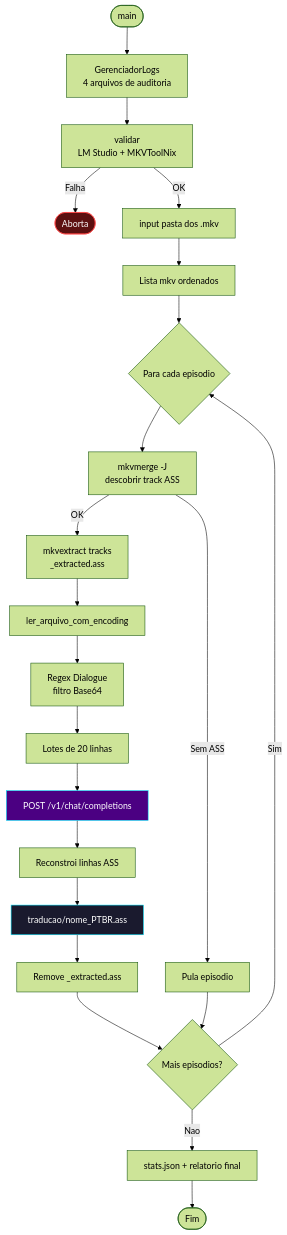
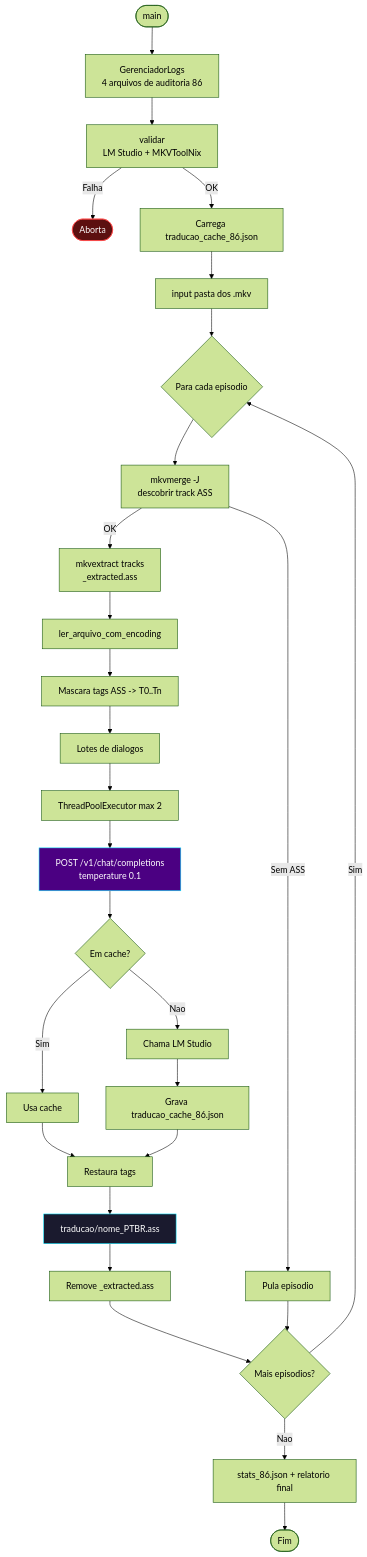
Before and after one commit to carmipa/projeto-tracker-animes-traducao: the first of 5 diagrams in docs/modulo-fase-4.md, drawn with Mermaid (forest theme). The commit also changed other lines of this file and 21 other files, not shown here.

````diff
--- a/docs/modulo-fase-4.md
+++ b/docs/modulo-fase-4.md
@@ -38,33 +44,39 @@
 ```mermaid
 flowchart TB
-    START([main]) --> LOG[GerenciadorLogs<br/>4 arquivos de auditoria]
+    START([main]) --> LOG[GerenciadorLogs<br/>4 arquivos de auditoria 86]
     LOG --> VAL[validar<br/>LM Studio + MKVToolNix]
 
     VAL -->|Falha| ABORT([Aborta])
-    VAL -->|OK| PASTA[input pasta dos .mkv]
-    PASTA --> LISTA[Lista mkv ordenados]
-    LISTA --> LOOP{Para cada episodio}
+    VAL -->|OK| CACHE[Carrega traducao_cache_86.json]
+    CACHE --> PASTA[input pasta dos .mkv]
+    PASTA --> LOOP{Para cada episodio}
 
     LOOP --> TRACK[mkvmerge -J<br/>descobrir track ASS]
     TRACK -->|Sem ASS| SKIP[Pula episodio]
     TRACK -->|OK| EXT[mkvextract tracks<br/>_extracted.ass]
 
     EXT --> READ[ler_arquivo_com_encoding]
-    READ --> REGEX[Regex Dialogue<br/>filtro Base64]
+    READ --> MASK[Mascara tags ASS -> T0..Tn]
+    MASK --> LOTE[Lotes de dialogos]
+    LOTE --> POOL[ThreadPoolExecutor max 2]
+    POOL --> API[POST /v1/chat/completions<br/>temperature 0.1]
+    API --> CHK{Em cache?}
+    CHK -->|Sim| HIT[Usa cache]
+    CHK -->|Nao| CALL[Chama LM Studio]
+    CALL --> SAVECACHE[Grava traducao_cache_86.json]
 
-    REGEX --> LOTE[Lotes de 20 linhas]
-    LOTE --> API[POST /v1/chat/completions]
-    API --> REBUILD[Reconstroi linhas ASS]
-    REBUILD --> SAVE[traducao/nome_PTBR.ass]
+    HIT --> UNMASK[Restaura tags]
+    SAVECACHE --> UNMASK
+    UNMASK --> SAVE[traducao/nome_PTBR.ass]
     SAVE --> CLEAN[Remove _extracted.ass]
     CLEAN --> MORE{Mais episodios?}
     MORE -->|Sim| LOOP
-    MORE -->|Nao| STATS[stats.json + relatorio final]
+    MORE -->|Nao| STATS[stats_86.json + relatorio final]
     STATS --> END([Fim])
 
     SKIP --> MORE
 
     style API fill:#4B0082,stroke:#00E5FF,color:#fff
     style SAVE fill:#1a1a2e,stroke:#00E5FF,color:#fff
     style ABORT fill:#5c1010,stroke:#ff4444,color:#fff
 ```
````
